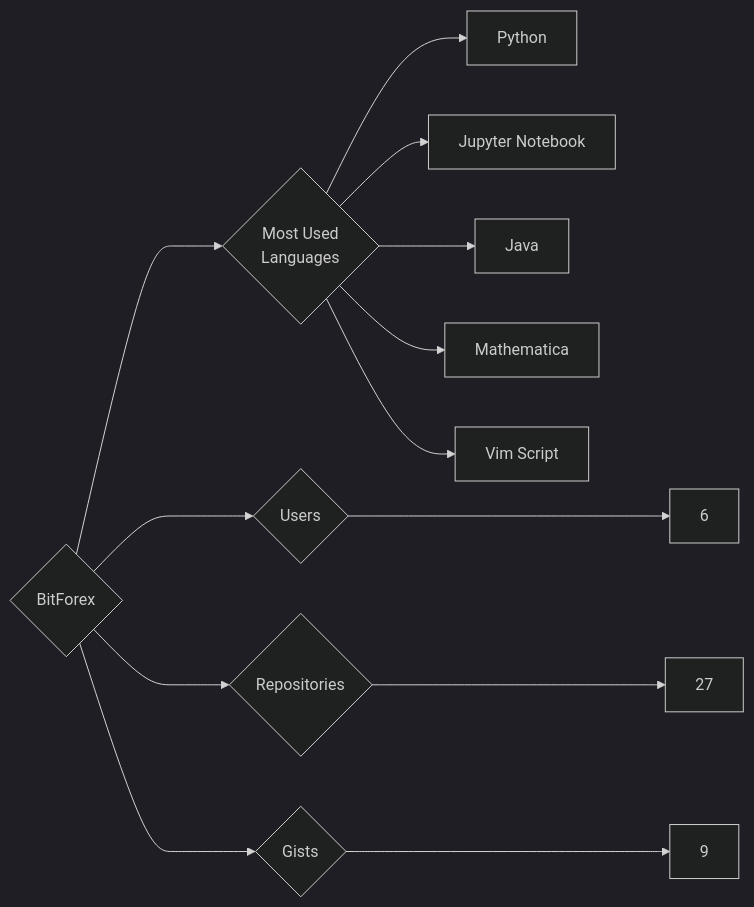
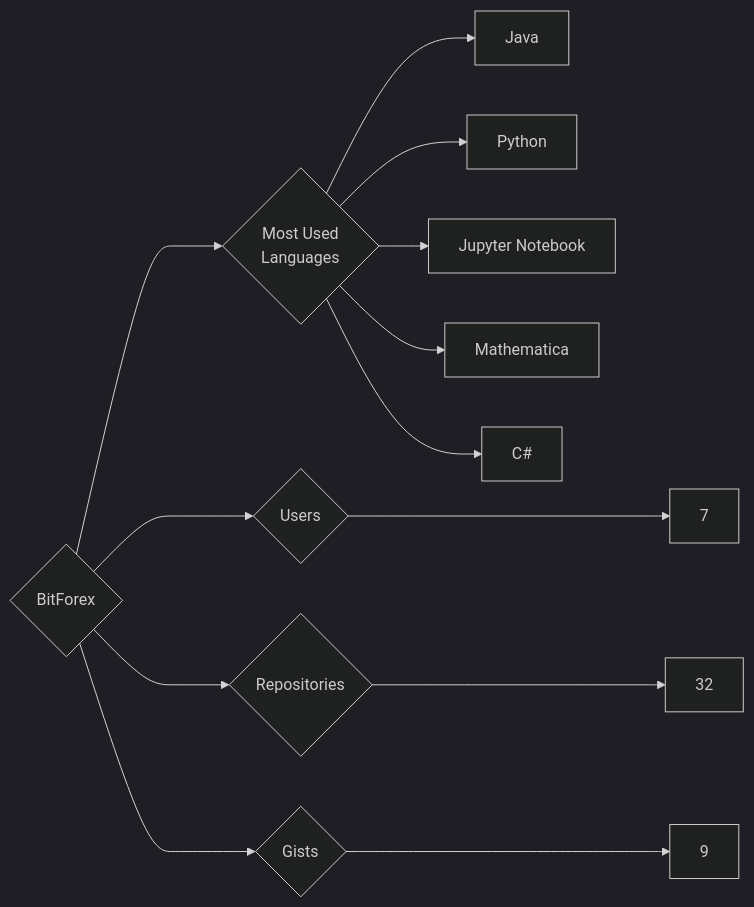
Before and after one commit to trickest/insiders: the diagram in targets/BitForex/README.md, drawn with Mermaid (dark theme). The commit also changed 938 other files, not shown here.

````diff
--- a/targets/BitForex/README.md
+++ b/targets/BitForex/README.md
@@ -3,13 +3,13 @@
 ```mermaid
 graph LR
 COMPANY_NAME{BitForex}
-COMPANY_NAME ---> U{Users} ---> UN[6]
-COMPANY_NAME ---> R{Repositories} ---> RN[27]
+COMPANY_NAME ---> U{Users} ---> UN[7]
+COMPANY_NAME ---> R{Repositories} ---> RN[32]
 COMPANY_NAME ---> G{Gists} ---> GN[9]
 COMPANY_NAME ---> ML{Most Used<br>Languages}
+ML --> Java[Java]
 ML --> Python[Python]
 ML --> Jupyter_Notebook[Jupyter Notebook]
-ML --> Java[Java]
 ML --> Mathematica[Mathematica]
-ML --> Vim_Script[Vim Script]
+ML --> C#[C#]
 ```
````
